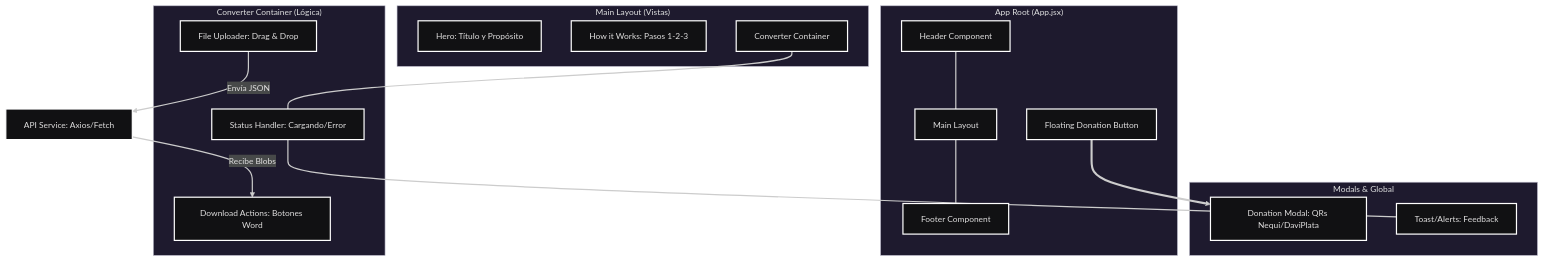
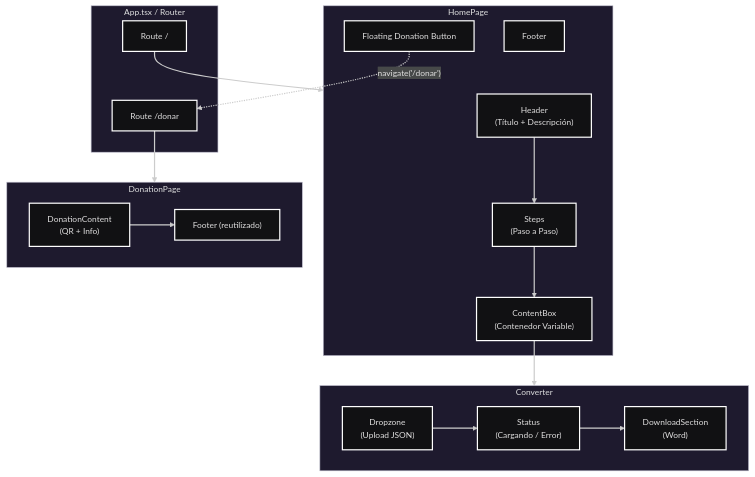
One commit to Jaramillo-Caleb/JSON-TO-WORD changed the diagram in docs/03-diseño-del-sistema/02-arquitectura/Diseño del Frontend.mmd. Above: the diagram before and after it, drawn with Mermaid. The commit also changed 38 other files, not shown here.

```diff
--- a/docs/03-diseño-del-sistema/02-arquitectura/Diseño del Frontend.mmd
+++ b/docs/03-diseño-del-sistema/02-arquitectura/Diseño del Frontend.mmd
@@ -1,33 +1,55 @@
 ---
 config:
   theme: redux-dark
-  layout: dagre
 ---
 flowchart TB
- subgraph subGraph0["App Root (App.jsx)"]
-        Header["Header Component"]
-        Main["Main Layout"]
-        Footer["Footer Component"]
-        FloatBtn["Floating Donation Button"]
-  end
- subgraph subGraph1["Main Layout (Vistas)"]
-        Hero["Hero: Título y Propósito"]
-        Instructions["How it Works: Pasos 1-2-3"]
-        Converter["Converter Container"]
-  end
- subgraph subGraph2["Converter Container (Lógica)"]
-        Dropzone["File Uploader: Drag & Drop"]
-        Status["Status Handler: Cargando/Error"]
-        DownloadSection["Download Actions: Botones Word"]
-  end
- subgraph subGraph3["Modals & Global"]
-        QRModal["Donation Modal: QRs Nequi/DaviPlata"]
-        Notification["Toast/Alerts: Feedback"]
-  end
-    Header --- Main
-    Main --- Footer
-    FloatBtn ==> QRModal
-    Dropzone -- Envía JSON --> API_Service["API Service: Axios/Fetch"]
-    API_Service -- Recibe Blobs --> DownloadSection
-    Converter --- Status
-    Status --- Notification
+
+%% =========================
+%% App Root & Routing
+%% =========================
+subgraph AppRoot["App.tsx / Router"]
+  HomeRoute["Route /"]
+  DonateRoute["Route /donar"]
+end
+
+HomeRoute --> HomePage
+DonateRoute --> DonationPage
+
+%% =========================
+%% Home Page
+%% =========================
+subgraph HomePage["HomePage"]
+  Header["Header\n(Título + Descripción)"]
+  Steps["Steps\n(Paso a Paso)"]
+  ContentBox["ContentBox\n(Contenedor Variable)"]
+  FooterHome["Footer"]
+  FloatingBtn["Floating Donation Button"]
+end
+
+Header --> Steps
+Steps --> ContentBox
+ContentBox --> Converter
+FloatingBtn -. navigate('/donar') .-> DonateRoute
+FooterHome --- HomePage
+
+%% =========================
+%% Converter (solo contenido del cuadro)
+%% =========================
+subgraph Converter["Converter"]
+  Dropzone["Dropzone\n(Upload JSON)"]
+  Status["Status\n(Cargando / Error)"]
+  Download["DownloadSection\n(Word)"]
+end
+
+Dropzone --> Status
+Status --> Download
+
+%% =========================
+%% Donation Page
+%% =========================
+subgraph DonationPage["DonationPage"]
+  DonationContent["DonationContent\n(QR + Info)"]
+  FooterDonate["Footer (reutilizado)"]
+end
+
+DonationContent --> FooterDonate
```
